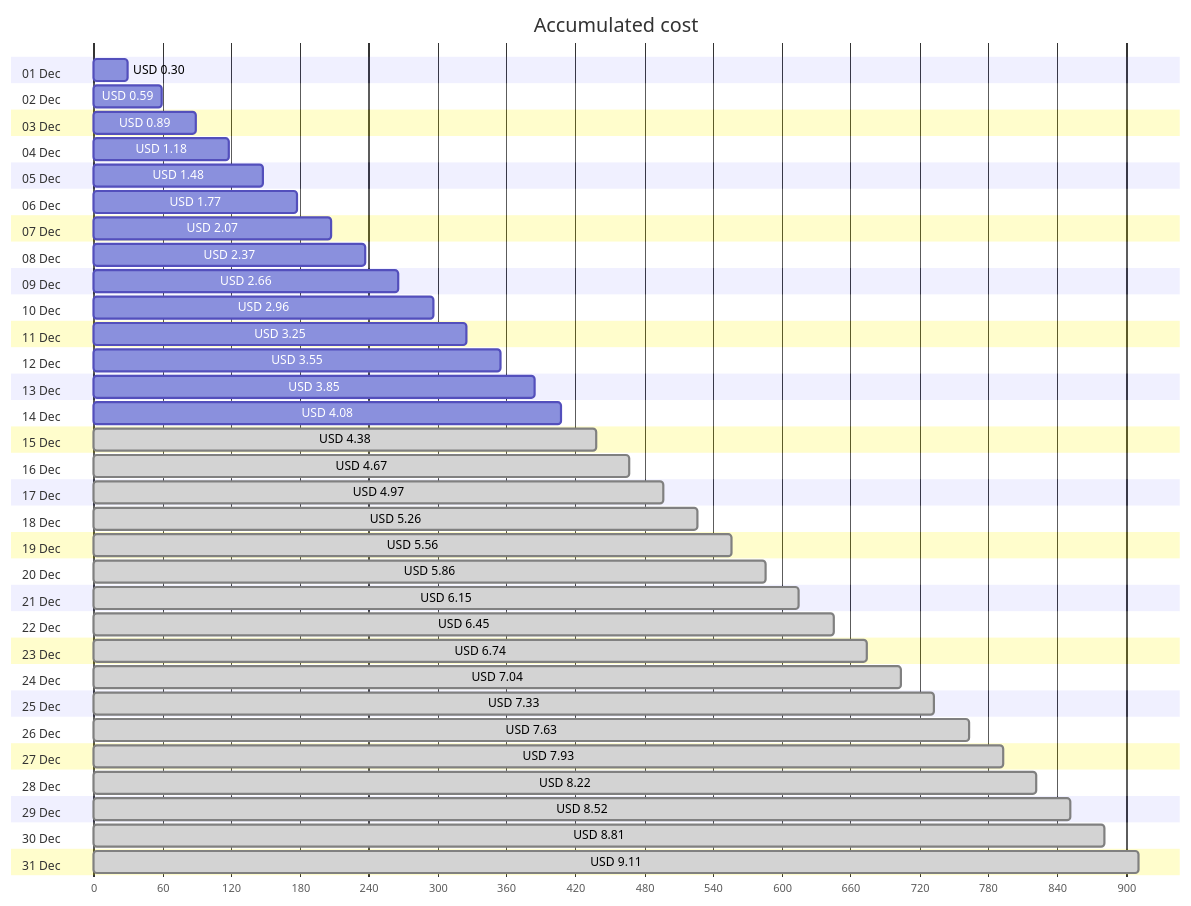
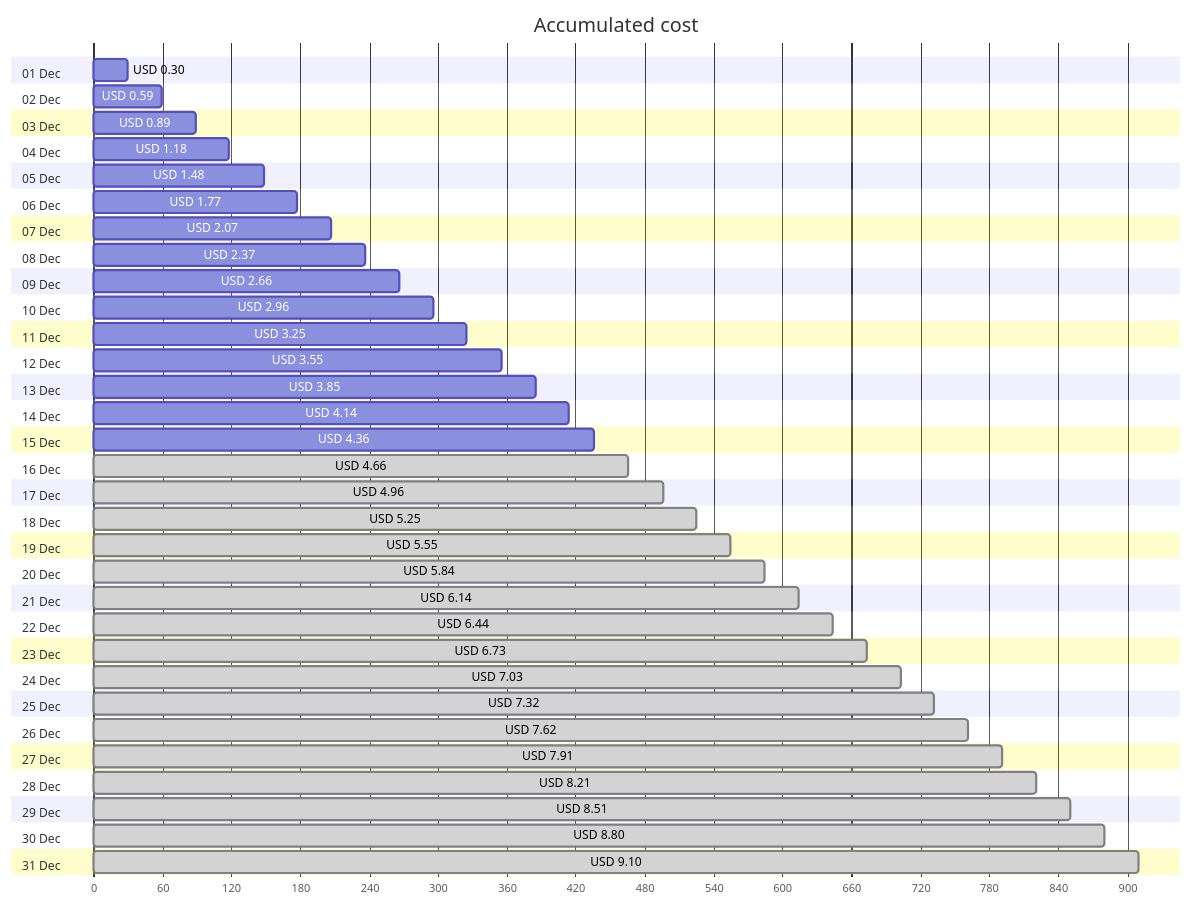
Before and after one commit to jpfulton/azure-personal-reports: the first of 4 diagrams in cost-reports/personal-site/personal-site-preview.md, drawn with Mermaid. The commit also changed other lines of this file and 6 other files, not shown here.

````diff
--- a/cost-reports/personal-site/personal-site-preview.md
+++ b/cost-reports/personal-site/personal-site-preview.md
@@ -20,68 +20,68 @@
 ```mermaid
 gantt
    title Accumulated cost
    dateFormat  X
    axisFormat %s
    section 01 Dec
    USD 0.30 :0, 30
    section 02 Dec
    USD 0.59 :0, 59
    section 03 Dec
    USD 0.89 :0, 89
    section 04 Dec
    USD 1.18 :0, 118
    section 05 Dec
    USD 1.48 :0, 148
    section 06 Dec
    USD 1.77 :0, 177
    section 07 Dec
    USD 2.07 :0, 207
    section 08 Dec
    USD 2.37 :0, 237
    section 09 Dec
    USD 2.66 :0, 266
    section 10 Dec
    USD 2.96 :0, 296
    section 11 Dec
    USD 3.25 :0, 325
    section 12 Dec
    USD 3.55 :0, 355
    section 13 Dec
    USD 3.85 :0, 385
    section 14 Dec
-   USD 4.08 :0, 408
+   USD 4.14 :0, 414
    section 15 Dec
-   USD 4.38 : done, 0, 438
+   USD 4.36 :0, 436
    section 16 Dec
-   USD 4.67 : done, 0, 467
+   USD 4.66 : done, 0, 466
    section 17 Dec
-   USD 4.97 : done, 0, 497
+   USD 4.96 : done, 0, 496
    section 18 Dec
-   USD 5.26 : done, 0, 526
+   USD 5.25 : done, 0, 525
    section 19 Dec
-   USD 5.56 : done, 0, 556
+   USD 5.55 : done, 0, 555
    section 20 Dec
-   USD 5.86 : done, 0, 586
+   USD 5.84 : done, 0, 584
    section 21 Dec
-   USD 6.15 : done, 0, 615
+   USD 6.14 : done, 0, 614
    section 22 Dec
-   USD 6.45 : done, 0, 645
+   USD 6.44 : done, 0, 644
    section 23 Dec
-   USD 6.74 : done, 0, 674
+   USD 6.73 : done, 0, 673
    section 24 Dec
-   USD 7.04 : done, 0, 704
+   USD 7.03 : done, 0, 703
    section 25 Dec
-   USD 7.33 : done, 0, 733
+   USD 7.32 : done, 0, 732
    section 26 Dec
-   USD 7.63 : done, 0, 763
+   USD 7.62 : done, 0, 762
    section 27 Dec
-   USD 7.93 : done, 0, 793
+   USD 7.91 : done, 0, 791
    section 28 Dec
-   USD 8.22 : done, 0, 822
+   USD 8.21 : done, 0, 821
    section 29 Dec
-   USD 8.52 : done, 0, 852
+   USD 8.51 : done, 0, 851
    section 30 Dec
-   USD 8.81 : done, 0, 881
+   USD 8.80 : done, 0, 880
    section 31 Dec
-   USD 9.11 : done, 0, 911
+   USD 9.10 : done, 0, 910
 ```
````
